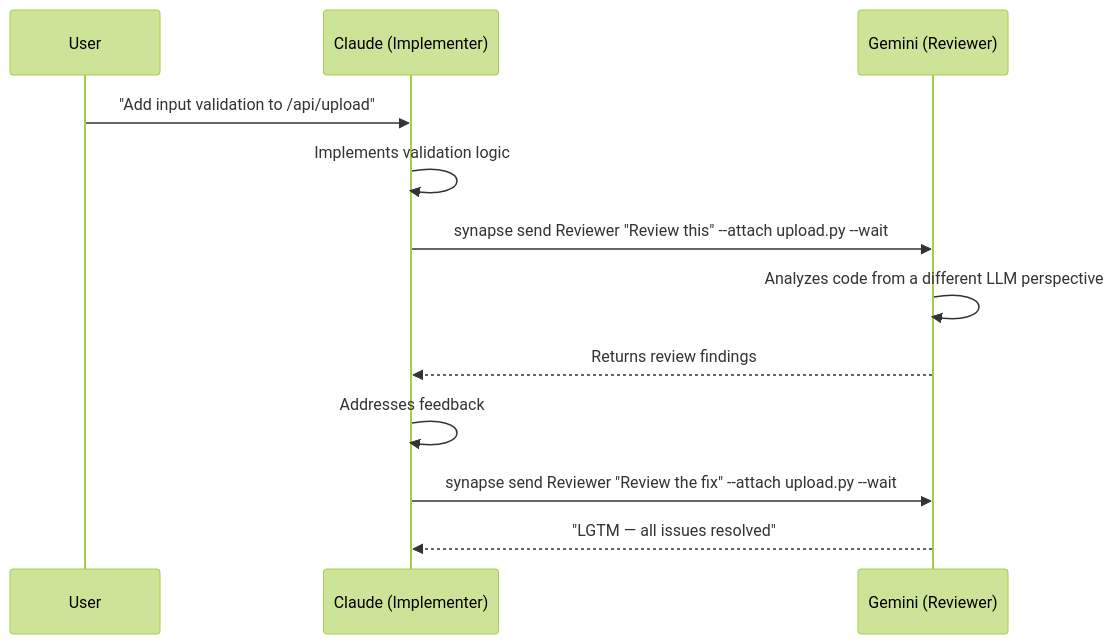
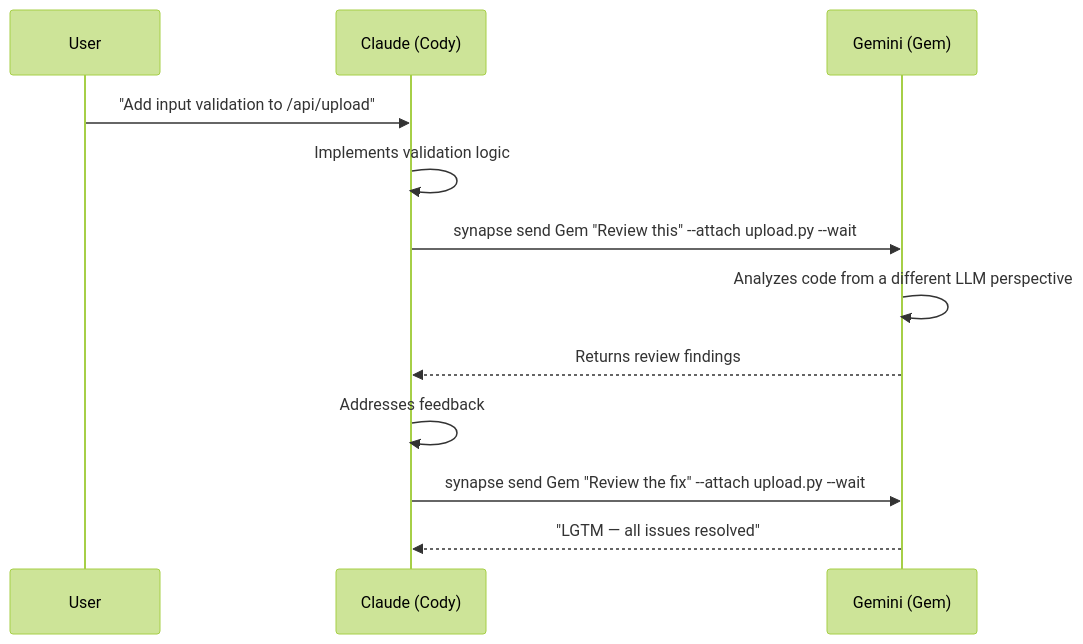
Before and after one commit to s-hiraoku/synapse-a2a: the first of 8 diagrams in site-docs/guide/cross-agent-scenarios.md, drawn with Mermaid (forest theme). The commit also changed other lines of this file and 32 other files, not shown here.

````diff
--- a/site-docs/guide/cross-agent-scenarios.md
+++ b/site-docs/guide/cross-agent-scenarios.md
@@ -20,15 +20,15 @@
 ```mermaid
 sequenceDiagram
     participant User
-    participant Claude as Claude (Implementer)
-    participant Gemini as Gemini (Reviewer)
+    participant Claude as Claude (Cody)
+    participant Gemini as Gemini (Gem)
 
     User->>Claude: "Add input validation to /api/upload"
     Claude->>Claude: Implements validation logic
-    Claude->>Gemini: synapse send Reviewer "Review this" --attach upload.py --wait
+    Claude->>Gemini: synapse send Gem "Review this" --attach upload.py --wait
     Gemini->>Gemini: Analyzes code from a different LLM perspective
     Gemini-->>Claude: Returns review findings
     Claude->>Claude: Addresses feedback
-    Claude->>Gemini: synapse send Reviewer "Review the fix" --attach upload.py --wait
+    Claude->>Gemini: synapse send Gem "Review the fix" --attach upload.py --wait
     Gemini-->>Claude: "LGTM — all issues resolved"
 ```
````
